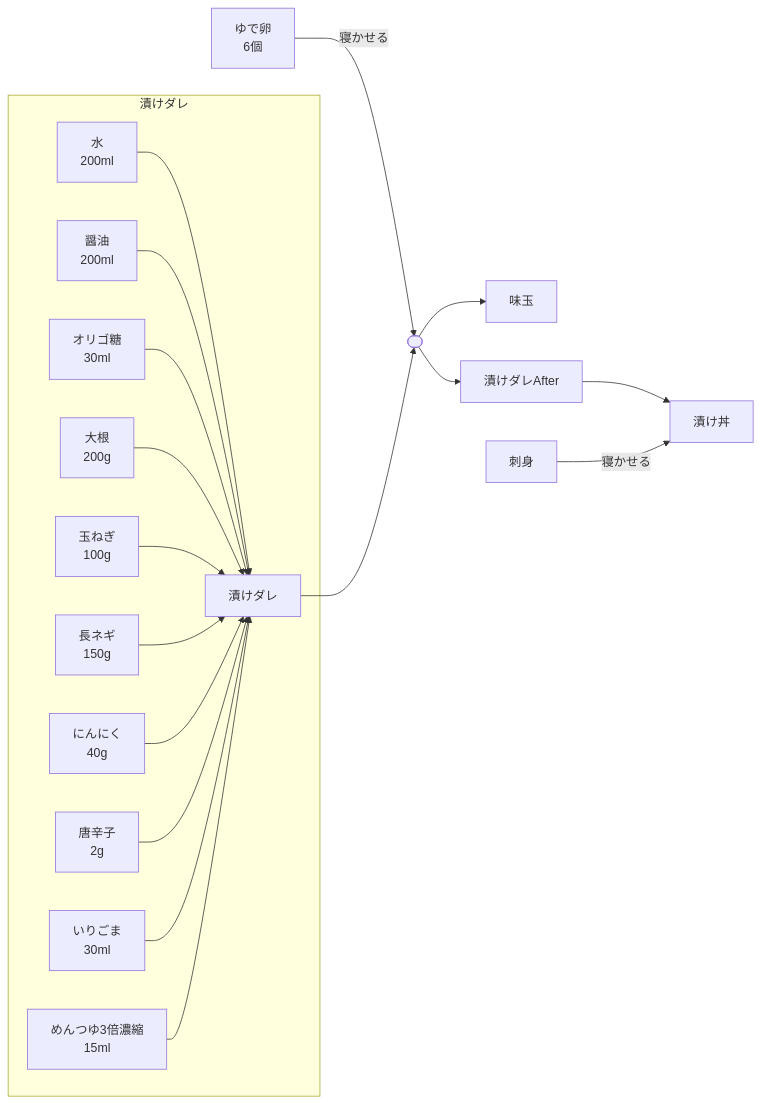
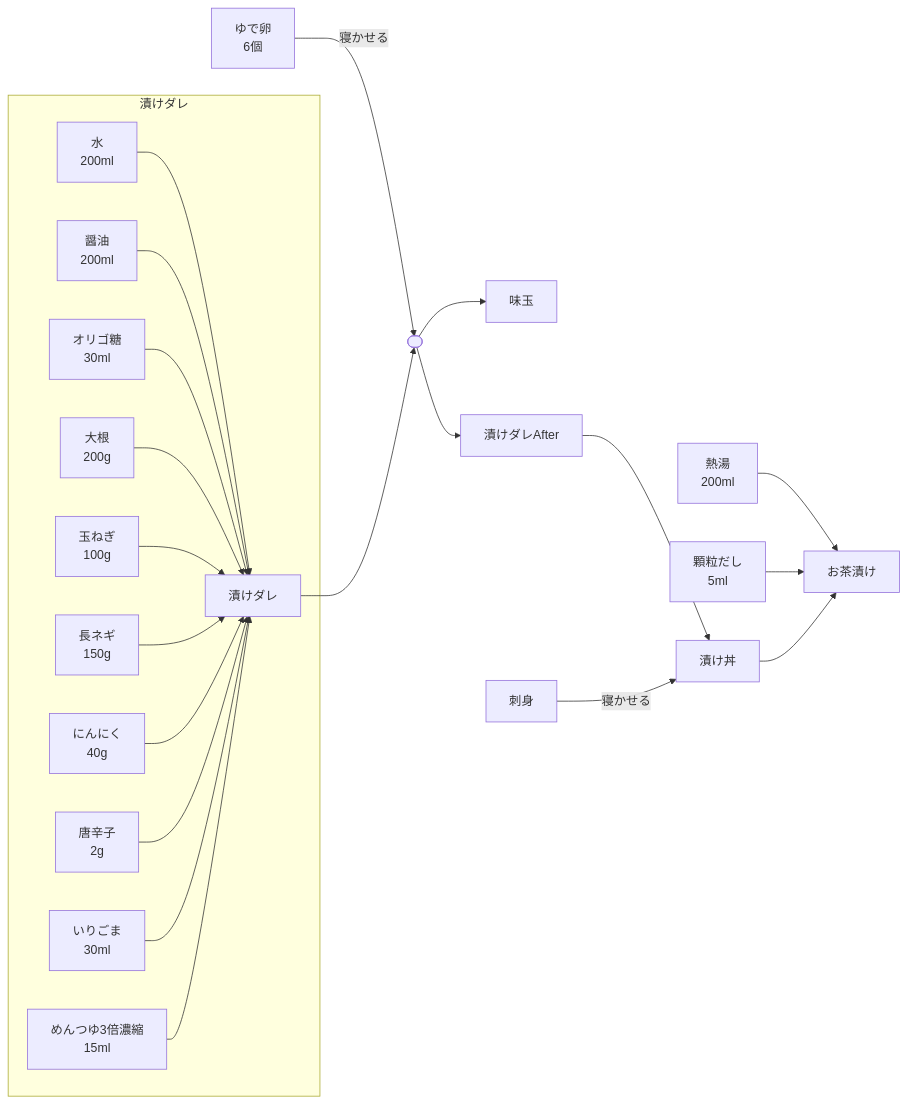
One commit to r7kamura/cooking changed the diagram in soy-marinated-egg.md. Above: the diagram before and after it, drawn with Mermaid.

````diff
--- a/soy-marinated-egg.md
+++ b/soy-marinated-egg.md
@@ -5,28 +5,32 @@
 ```mermaid
 flowchart LR;
 
 ゆで卵\n6個 -- 寝かせる --> a
 
 subgraph A [漬けダレ]
 水\n200ml --> 漬けダレ
 醤油\n200ml --> 漬けダレ
 オリゴ糖\n30ml --> 漬けダレ
 大根\n200g --> 漬けダレ
 玉ねぎ\n100g --> 漬けダレ
 長ネギ\n150g --> 漬けダレ
 にんにく\n40g --> 漬けダレ
 唐辛子\n2g --> 漬けダレ
 いりごま\n30ml --> 漬けダレ
 めんつゆ3倍濃縮\n15ml --> 漬けダレ
 end
 
 漬けダレ --> a
 
 a([ ])
 
 a --> 味玉
 a --> 漬けダレAfter
 
 漬けダレAfter --> 漬け丼
 刺身 -- 寝かせる --> 漬け丼
+
+熱湯\n200ml --> お茶漬け
+顆粒だし\n5ml --> お茶漬け
+漬け丼 --> お茶漬け
 ```
````
